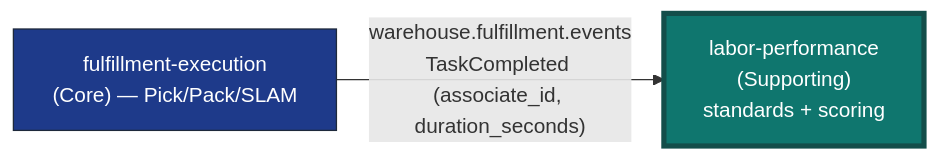
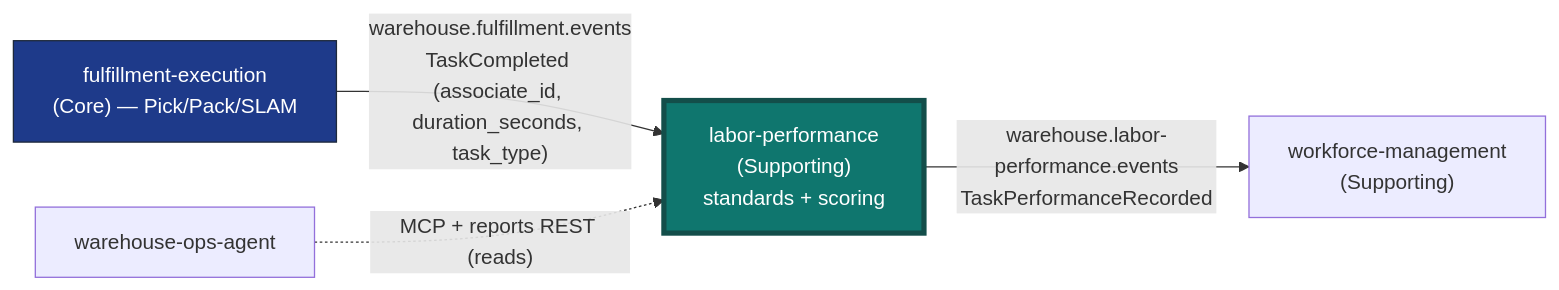
The diagram in docs/docs/overview.md (claudioed/labor-performance), drawn with Mermaid before and after one commit. The commit also changed other lines of this file and 10 other files, not shown here.

````diff
--- a/docs/docs/overview.md
+++ b/docs/docs/overview.md
@@ -72,12 +75,16 @@
 ```mermaid
 flowchart LR
   FE["fulfillment-execution<br/>(Core) — Pick/Pack/SLAM"]
   LP["labor-performance<br/>(Supporting)<br/>standards + scoring"]
+  WFM["workforce-management<br/>(Supporting)"]
+  AG["warehouse-ops-agent"]
 
-  FE -- "warehouse.fulfillment.events<br/>TaskCompleted (associate_id, duration_seconds)" --> LP
+  FE -- "warehouse.fulfillment.events<br/>TaskCompleted (associate_id, duration_seconds, task_type)" --> LP
+  LP -- "warehouse.labor-performance.events<br/>TaskPerformanceRecorded" --> WFM
+  AG -. "MCP + reports REST (reads)" .-> LP
 
   classDef core fill:#1e3a8a,stroke:#1e293b,color:#fff;
   classDef this fill:#0f766e,stroke:#134e4a,color:#fff,stroke-width:4px;
   class FE core;
   class LP this;
 ```
````
